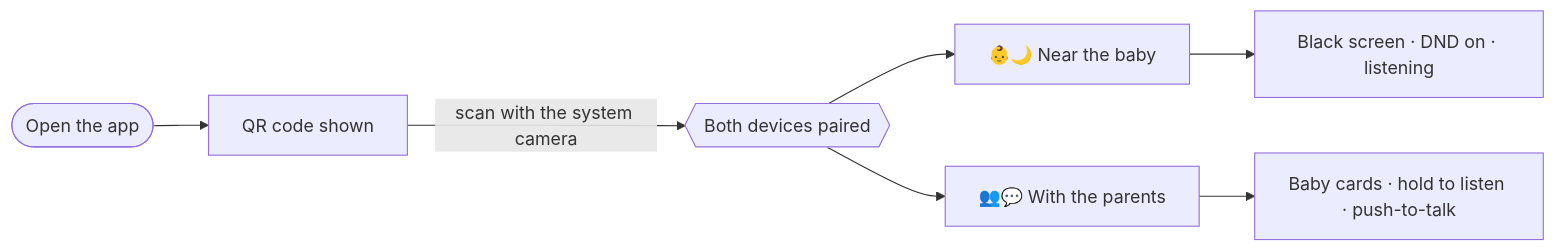
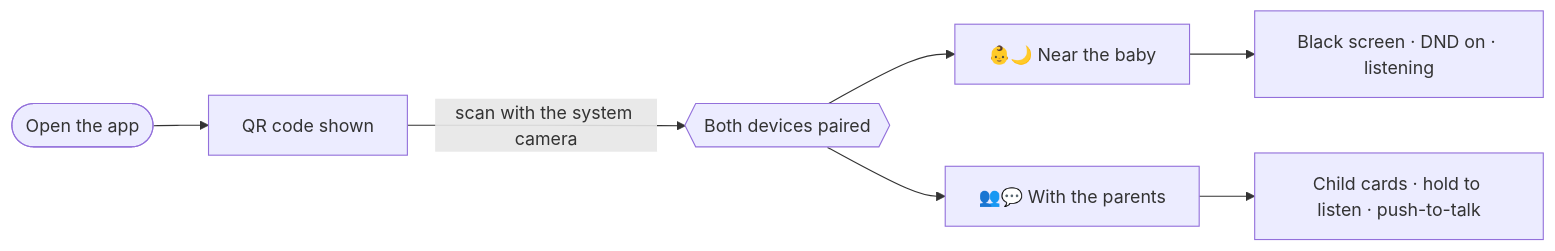
One commit to Plokkke/baby-phone changed the first of 6 diagrams in README.md. Above: the diagram before and after it, drawn with Mermaid. The commit also changed other lines of this file and 1 other file, not shown here.

````diff
--- a/README.md
+++ b/README.md
@@ -70,9 +70,9 @@
 ```mermaid
 flowchart LR
     A([Open the app]) --> B[QR code shown]
     B -->|scan with the system camera| C{{Both devices paired}}
     C --> D["👶🌙 Near the baby"]
     C --> E["👥💬 With the parents"]
     D --> F[Black screen · DND on · listening]
-    E --> G[Baby cards · hold to listen · push-to-talk]
+    E --> G[Child cards · hold to listen · push-to-talk]
 ```
````
